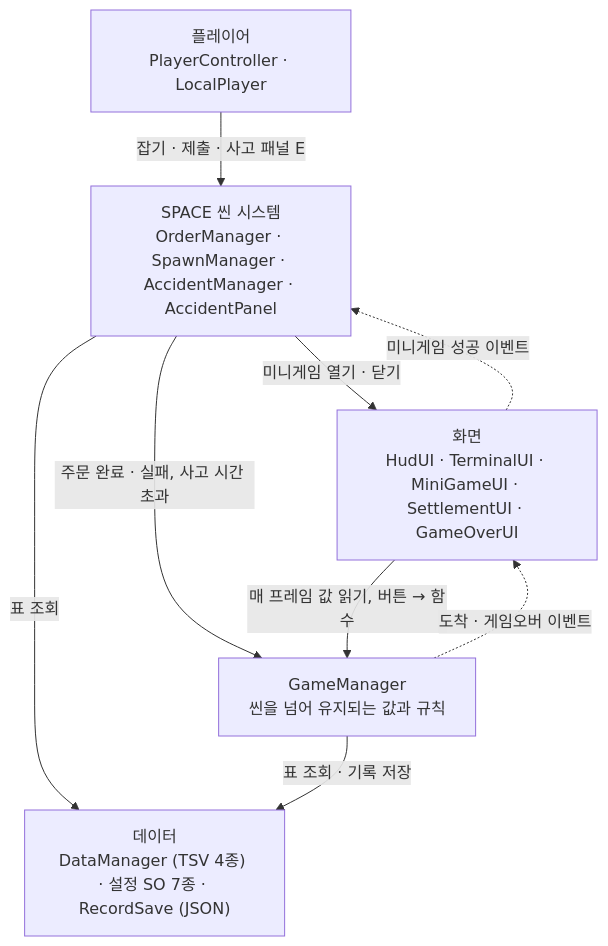
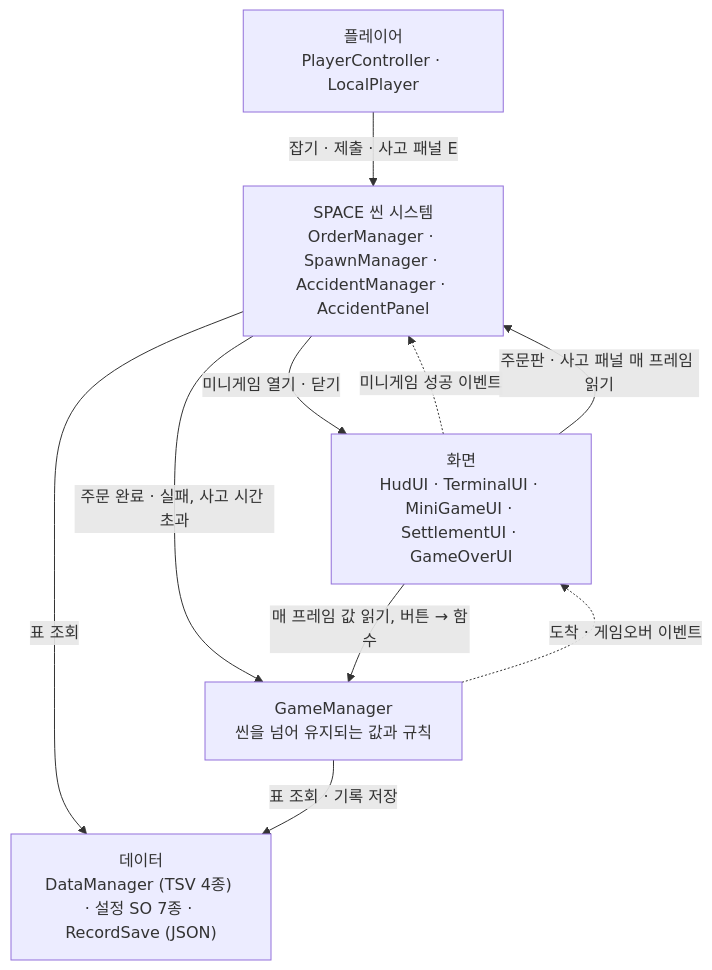
Before and after one commit to rlawlsdn77/portfolio-template: the third of 8 diagrams in src/OverFixed/OverFixed_기술문서.md, drawn with Mermaid. The commit also changed other lines of this file and 11 other files, not shown here.

````diff
--- a/src/OverFixed/OverFixed_기술문서.md
+++ b/src/OverFixed/OverFixed_기술문서.md
@@ -162,16 +162,17 @@
 ```mermaid
 flowchart TB
     PL["플레이어<br/>PlayerController · LocalPlayer"]
     VIEW["화면<br/>HudUI · TerminalUI · MiniGameUI · SettlementUI · GameOverUI"]
     SYS["SPACE 씬 시스템<br/>OrderManager · SpawnManager · AccidentManager · AccidentPanel"]
     GM["GameManager<br/>씬을 넘어 유지되는 값과 규칙"]
     DATA["데이터<br/>DataManager (TSV 4종) · 설정 SO 7종 · RecordSave (JSON)"]
     PL -->|"잡기 · 제출 · 사고 패널 E"| SYS
     SYS -->|"미니게임 열기 · 닫기"| VIEW
     VIEW -.->|"미니게임 성공 이벤트"| SYS
+    VIEW -->|"주문판 · 사고 패널 매 프레임 읽기"| SYS
     SYS -->|"주문 완료 · 실패, 사고 시간 초과"| GM
     VIEW -->|"매 프레임 값 읽기, 버튼 → 함수"| GM
     GM -.->|"도착 · 게임오버 이벤트"| VIEW
     SYS -->|"표 조회"| DATA
     GM -->|"표 조회 · 기록 저장"| DATA
 ```
````
